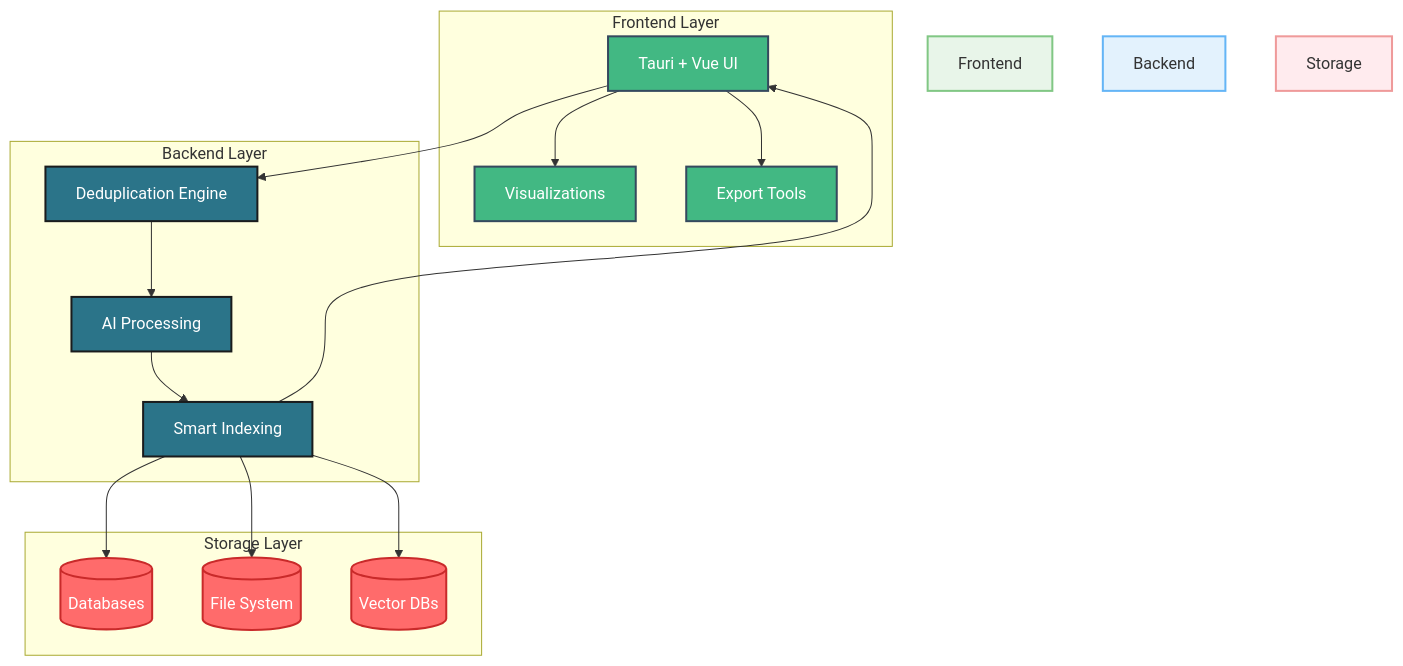
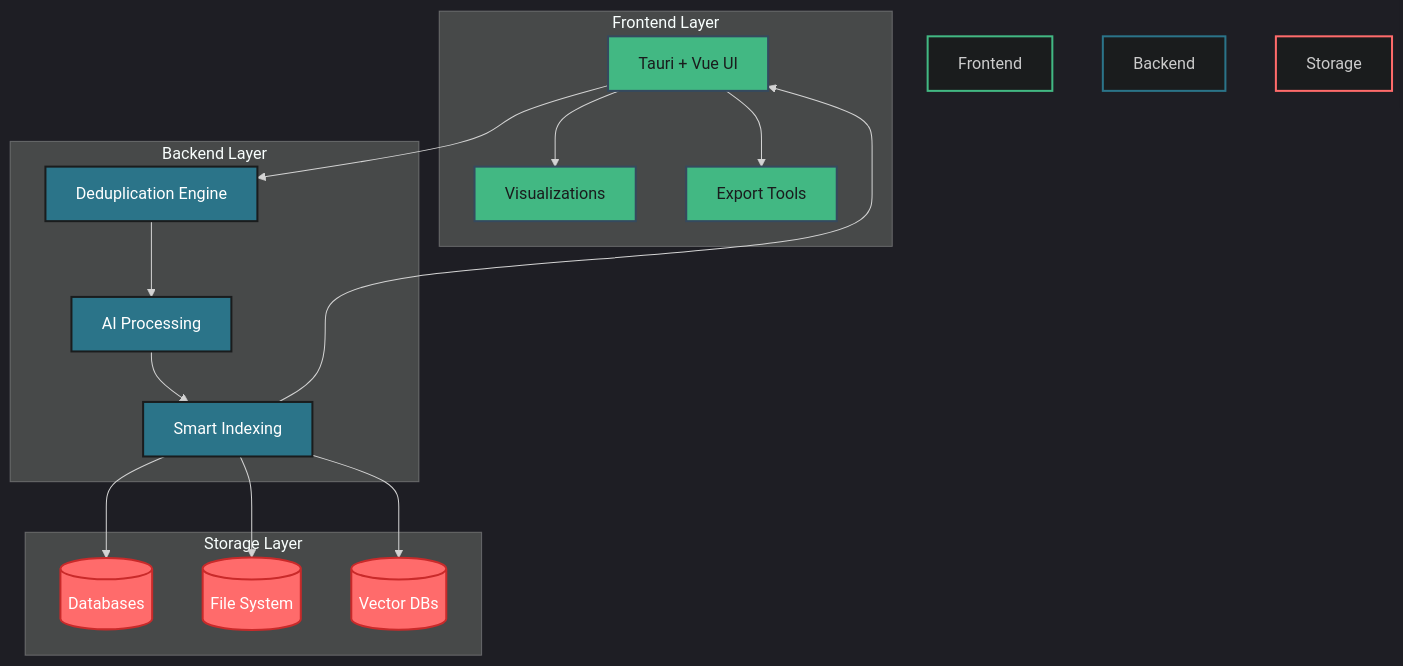
One commit to jermsam/jdeduplix changed the first of 3 diagrams in ReadMe.md. Above: the diagram before and after it, drawn with Mermaid. The commit also changed other lines of this file, not shown here.

Commit message:
broken down diagram for clarity

````diff
--- a/ReadMe.md
+++ b/ReadMe.md
@@ -9,35 +9,36 @@
 ```mermaid
+%%{init: {'theme': 'dark', 'themeVariables': { 'darkMode': true }}}%%
 graph TD
-    classDef frontend fill:#42b883,stroke:#35495e,stroke-width:2px,color:white
+    classDef frontend fill:#42b883,stroke:#35495e,stroke-width:2px,color:#1a1c1d
     classDef backend fill:#2b7489,stroke:#1a1c1d,stroke-width:2px,color:white
     classDef storage fill:#ff6b6b,stroke:#c92a2a,stroke-width:2px,color:white
     
     subgraph "Frontend Layer"
         UI[Tauri + Vue UI]:::frontend
         VIS[Visualizations]:::frontend
         EXP[Export Tools]:::frontend
     end
 
     subgraph "Backend Layer"
         DE[Deduplication Engine]:::backend
         AI[AI Processing]:::backend
         IDX[Smart Indexing]:::backend
     end
 
     subgraph "Storage Layer"
         DB[(Databases)]:::storage
         FS[(File System)]:::storage
         VDB[(Vector DBs)]:::storage
     end
 
     UI --> DE
     DE --> AI
     AI --> IDX
     IDX --> DB & FS & VDB
     IDX --> UI
     UI --> VIS & EXP
 
-    style Frontend fill:#e8f5e9,stroke:#81c784,stroke-width:2px
-    style Backend fill:#e3f2fd,stroke:#64b5f6,stroke-width:2px
-    style Storage fill:#ffebee,stroke:#ef9a9a,stroke-width:2px
+    style Frontend fill:#1a1c1d,stroke:#42b883,stroke-width:2px
+    style Backend fill:#1a1c1d,stroke:#2b7489,stroke-width:2px
+    style Storage fill:#1a1c1d,stroke:#ff6b6b,stroke-width:2px
 ```
````
